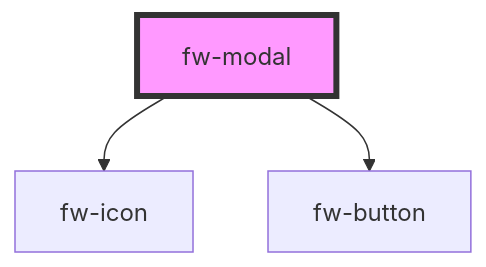
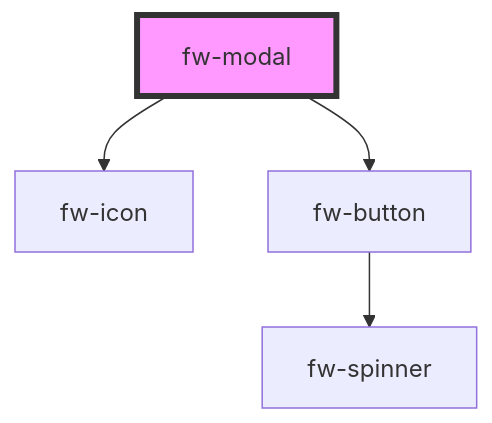
Before and after one commit to freshworks/crayons: the diagram in src/components/modal/readme.md, drawn with Mermaid. The commit also changed 8 other files, not shown here.

````diff
--- a/src/components/modal/readme.md
+++ b/src/components/modal/readme.md
@@ -68,6 +68,7 @@
 ```mermaid
 graph TD;
   fw-modal --> fw-icon
   fw-modal --> fw-button
+  fw-button --> fw-spinner
   style fw-modal fill:#f9f,stroke:#333,stroke-width:4px
 ```
````
